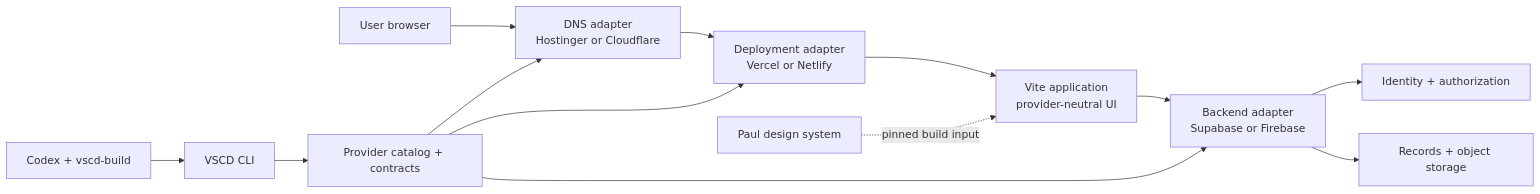
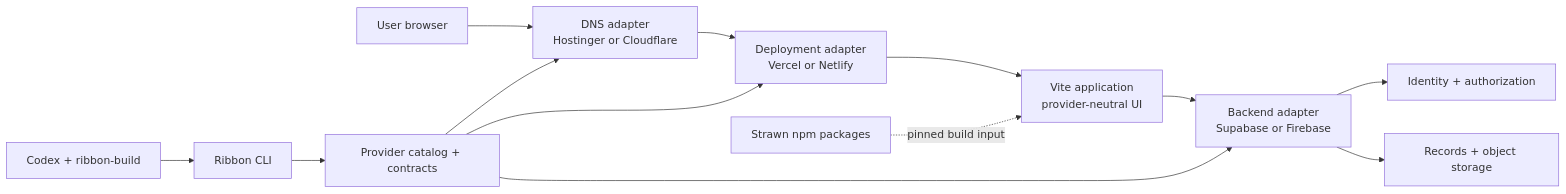
One commit to moriatz-labs/ribbon changed the first of 2 diagrams in docs/architecture.md. Above: the diagram before and after it, drawn with Mermaid. The commit also changed other lines of this file and 74 other files, not shown here.

First line of the commit message:
Rename VSCD control plane to Ribbon (#25)

````diff
--- a/docs/architecture.md
+++ b/docs/architecture.md
@@ -11,16 +11,16 @@
 ```mermaid
 flowchart LR
     U["User browser"] --> DNS["DNS adapter\nHostinger or Cloudflare"]
     DNS --> DEP["Deployment adapter\nVercel or Netlify"]
     DEP --> APP["Vite application\nprovider-neutral UI"]
     APP --> BE["Backend adapter\nSupabase or Firebase"]
     BE --> AUTH["Identity + authorization"]
     BE --> DATA["Records + object storage"]
 
-    DS["Paul design system"] -. "pinned build input" .-> APP
-    CDX["Codex + vscd-build"] --> CLI["VSCD CLI"]
+    DS["Strawn npm packages"] -. "pinned build input" .-> APP
+    CDX["Codex + ribbon-build"] --> CLI["Ribbon CLI"]
     CLI --> CATALOG["Provider catalog + contracts"]
     CATALOG --> DNS
     CATALOG --> DEP
     CATALOG --> BE
 ```
````
